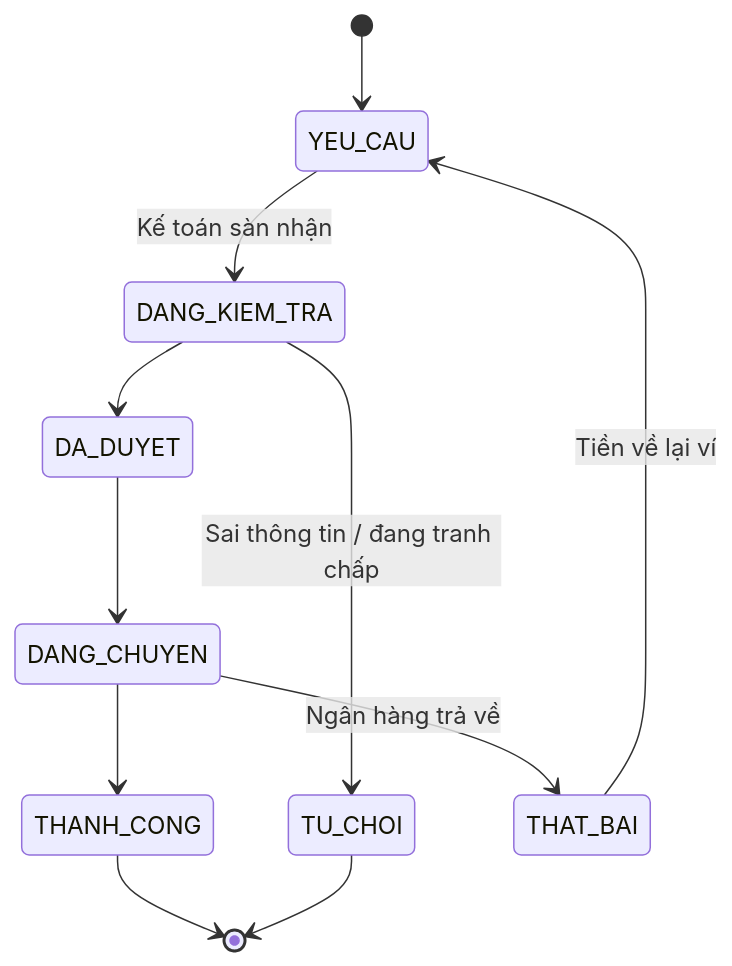
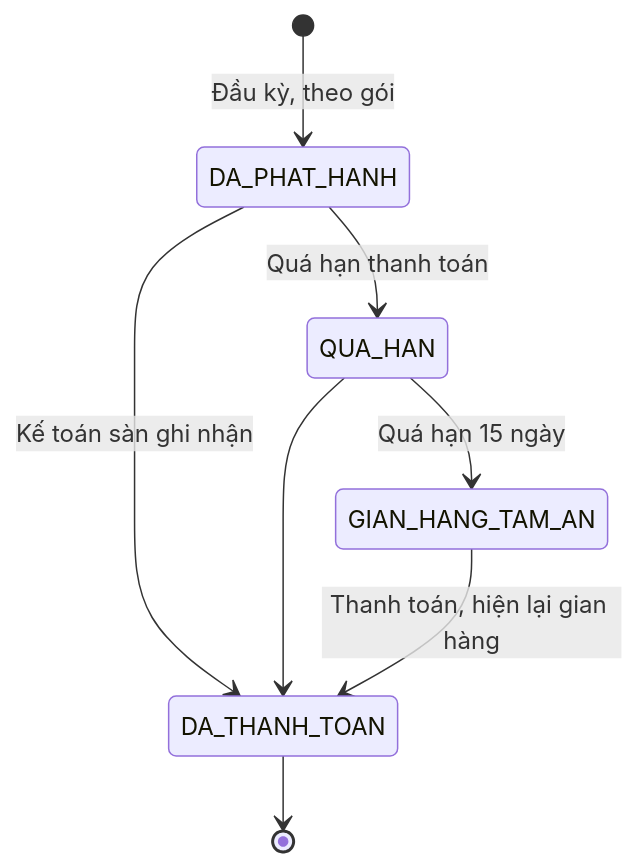
The seventh of 8 diagrams in docs/05-trang-thai.md (south93/cardiy-crm), drawn with Mermaid before and after one commit. The commit also changed other lines of this file and 9 other files, not shown here.

First line of the commit message:
Cập nhật đặc tả: sàn chỉ là trung gian, cứu hộ là dịch vụ của garage; thêm lộ trình

````diff
--- a/docs/05-trang-thai.md
+++ b/docs/05-trang-thai.md
@@ -134,13 +134,10 @@
 ```mermaid
 stateDiagram-v2
-  [*] --> YEU_CAU
-  YEU_CAU --> DANG_KIEM_TRA: Kế toán sàn nhận
-  DANG_KIEM_TRA --> DA_DUYET
-  DANG_KIEM_TRA --> TU_CHOI: Sai thông tin / đang tranh chấp
-  DA_DUYET --> DANG_CHUYEN
-  DANG_CHUYEN --> THANH_CONG
-  DANG_CHUYEN --> THAT_BAI: Ngân hàng trả về
-  THAT_BAI --> YEU_CAU: Tiền về lại ví
-  THANH_CONG --> [*]
-  TU_CHOI --> [*]
+  [*] --> DA_PHAT_HANH: Đầu kỳ, theo gói
+  DA_PHAT_HANH --> DA_THANH_TOAN: Kế toán sàn ghi nhận
+  DA_PHAT_HANH --> QUA_HAN: Quá hạn thanh toán
+  QUA_HAN --> DA_THANH_TOAN
+  QUA_HAN --> GIAN_HANG_TAM_AN: Quá hạn 15 ngày
+  GIAN_HANG_TAM_AN --> DA_THANH_TOAN: Thanh toán, hiện lại gian hàng
+  DA_THANH_TOAN --> [*]
 ```
````
